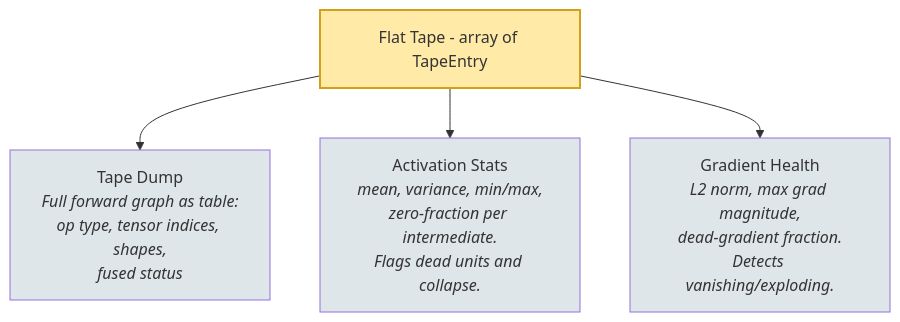
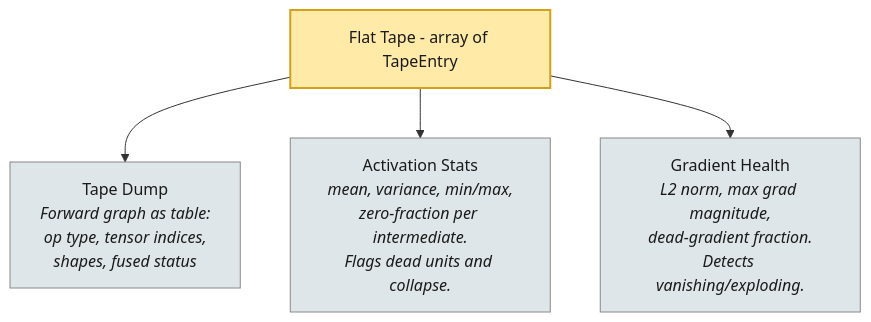
The fourth of 13 diagrams in src/content/projects/paragrad-engine.md (codevardhan/codevardhan.github.io), drawn with Mermaid before and after one commit. The commit also changed other lines of this file and 4 other files, not shown here.

````diff
--- a/src/content/projects/paragrad-engine.md
+++ b/src/content/projects/paragrad-engine.md
@@ -176,13 +151,13 @@
 ```mermaid
 graph TB
     TAPE["Flat Tape - array of TapeEntry"]
-    style TAPE fill:#ffeaa7,stroke:#d4a017,stroke-width:2px
+    style TAPE fill:#ffeaa7,stroke:#d4a017,stroke-width:2px,color:#1a1a1a
 
-    TAPE --> D1["Tape Dump<br/><i>Full forward graph as table:<br/>op type, tensor indices, shapes,<br/>fused status</i>"]
+    TAPE --> D1["Tape Dump<br/><i>Forward graph as table:<br/>op type, tensor indices,<br/>shapes, fused status</i>"]
     TAPE --> D2["Activation Stats<br/><i>mean, variance, min/max,<br/>zero-fraction per intermediate.<br/>Flags dead units and collapse.</i>"]
     TAPE --> D3["Gradient Health<br/><i>L2 norm, max grad magnitude,<br/>dead-gradient fraction.<br/>Detects vanishing/exploding.</i>"]
 
-    style D1 fill:#dfe6e9
-    style D2 fill:#dfe6e9
-    style D3 fill:#dfe6e9
+    style D1 fill:#dfe6e9,stroke:#888,color:#1a1a1a
+    style D2 fill:#dfe6e9,stroke:#888,color:#1a1a1a
+    style D3 fill:#dfe6e9,stroke:#888,color:#1a1a1a
 ```
````
